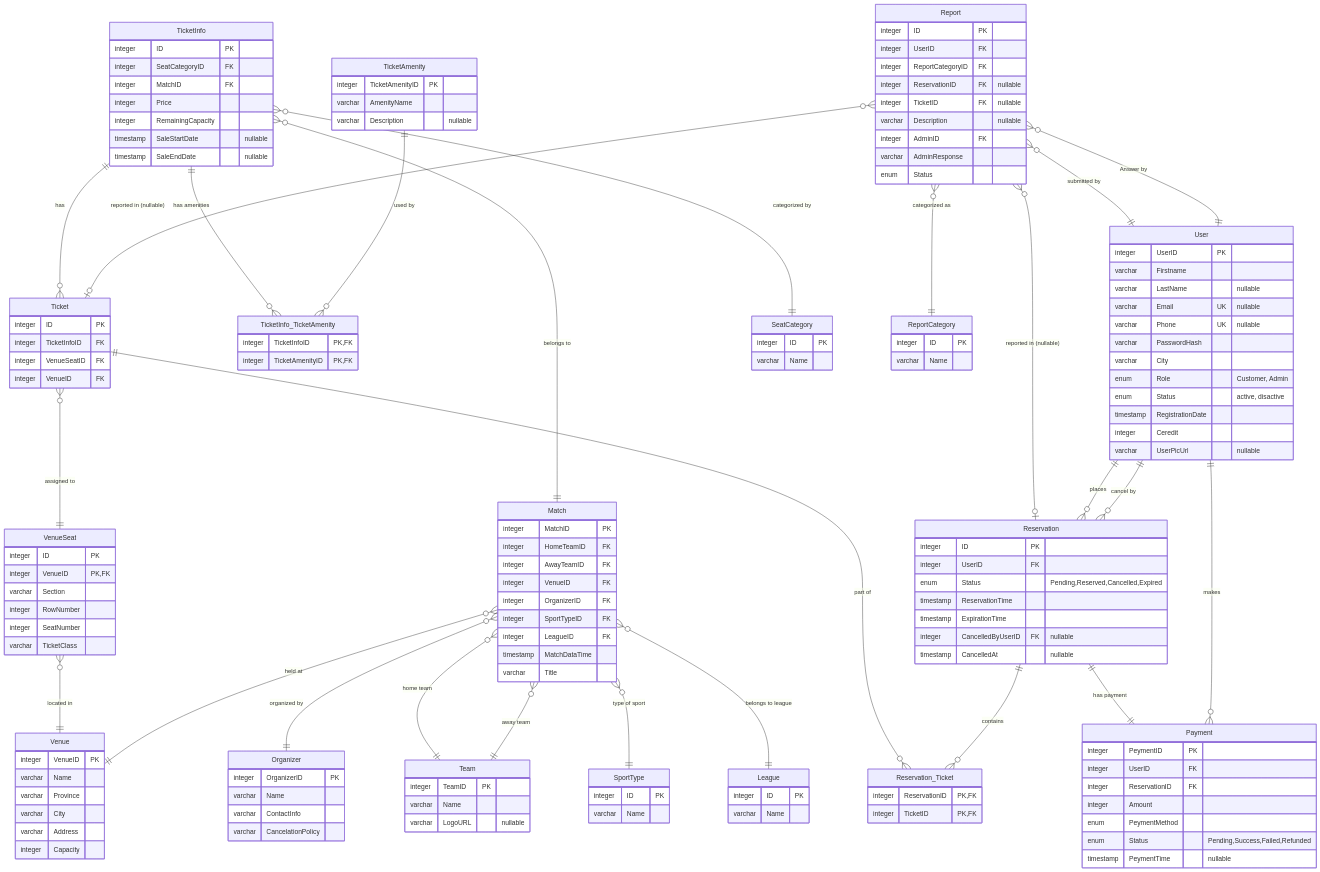
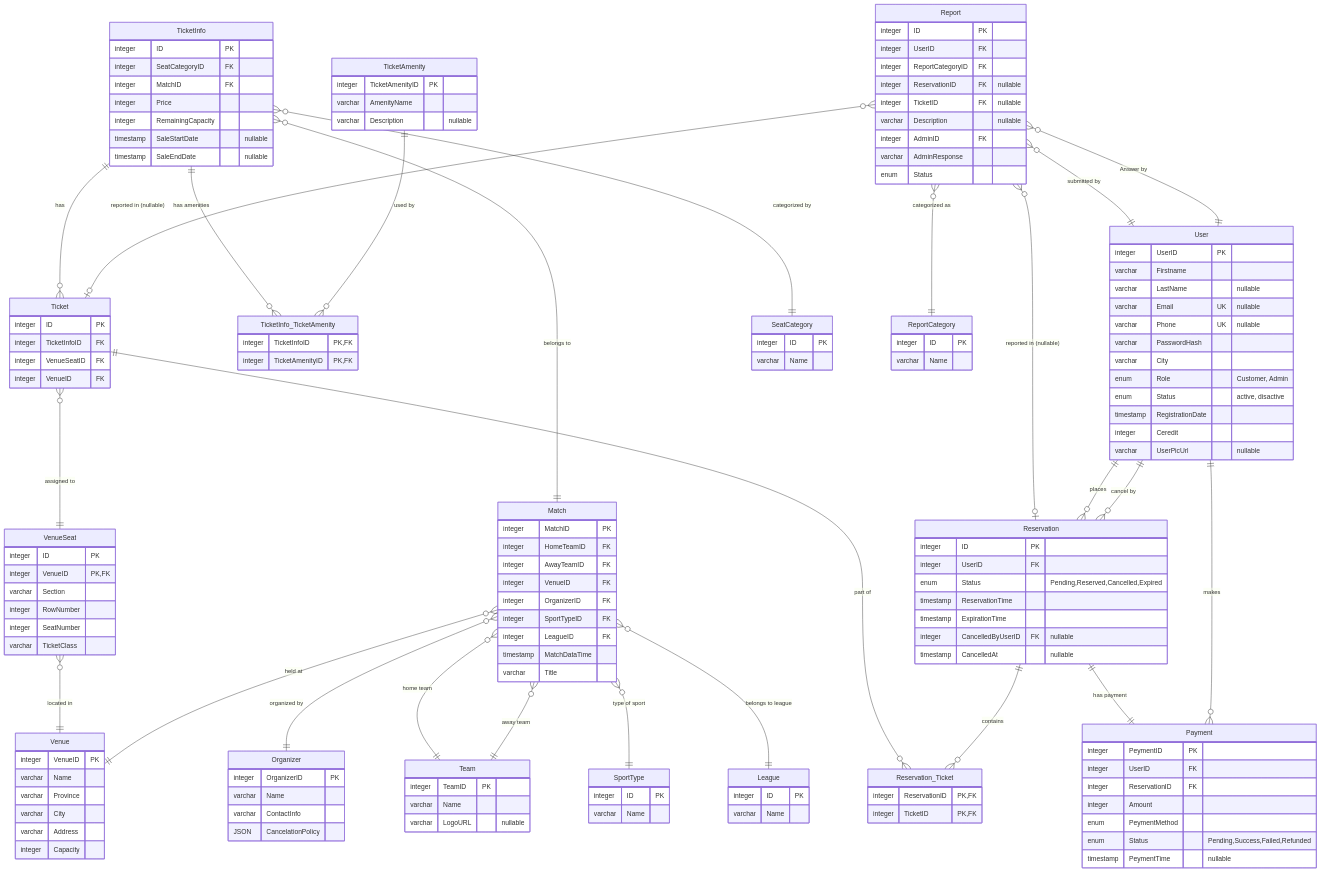
One commit to smhhd/BookTheGame changed the diagram in sql.mmd. Above: the diagram before and after it, drawn with Mermaid.

Commit message:
change cancelationPolicy field type to json

```diff
--- a/sql.mmd
+++ b/sql.mmd
@@ -1,167 +1,167 @@
 erDiagram
     User {
         integer UserID PK
         varchar Firstname
         varchar LastName "nullable"
         varchar Email UK "nullable"
         varchar Phone UK "nullable"
         varchar PasswordHash
         varchar City
         enum Role "Customer, Admin"
         enum Status "active, disactive"
         timestamp RegistrationDate
         integer Ceredit
         varchar UserPicUrl "nullable"
     }
 
     TicketInfo {
         integer ID PK
         integer SeatCategoryID FK
         integer MatchID FK
         integer Price
         integer RemainingCapacity
         timestamp SaleStartDate "nullable"
         timestamp SaleEndDate "nullable"
     }
 
     TicketAmenity {
         integer TicketAmenityID PK
         varchar AmenityName
         varchar Description "nullable"
     }
 
     TicketInfo_TicketAmenity {
         integer TicketInfoID PK,FK
         integer TicketAmenityID PK,FK
     }
 
     Ticket {
         integer ID PK
         integer TicketInfoID FK
         integer VenueSeatID FK
         integer VenueID FK
     }
 
     SeatCategory {
         integer ID PK
         varchar Name
     }
 
     Reservation {
         integer ID PK
         integer UserID FK
         enum Status "Pending,Reserved,Cancelled,Expired"
         timestamp ReservationTime
         timestamp ExpirationTime
         integer CancelledByUserID FK "nullable"
         timestamp CancelledAt "nullable"
     }
 
     Reservation_Ticket {
         integer ReservationID PK,FK
         integer TicketID PK,FK
     }
 
     Payment {
         integer PeymentID PK
         integer UserID FK
         integer ReservationID FK
         integer Amount
         enum PeymentMethod
         enum Status "Pending,Success,Failed,Refunded"
         timestamp PeymentTime "nullable"
     }
 
     Match {
         integer MatchID PK
         integer HomeTeamID FK
         integer AwayTeamID FK
         integer VenueID FK
         integer OrganizerID FK
         integer SportTypeID FK
         integer LeagueID FK
         timestamp MatchDataTime
         varchar Title
     }
     Venue {
         integer VenueID PK
         varchar Name
         varchar Province
         varchar City
         varchar Address
         integer Capacity
     }
     Organizer {
         integer OrganizerID PK
         varchar Name
         varchar ContactInfo
-        varchar CancelationPolicy
+        JSON CancelationPolicy
     }
     Team {
         integer TeamID PK
         varchar Name
         varchar LogoURL "nullable"
     }
     SportType {
         integer ID PK
         varchar Name
     }
     League {
         integer ID PK
         varchar Name
     }
     VenueSeat {
         integer ID PK
         integer VenueID PK,FK
         varchar Section
         integer RowNumber
         integer SeatNumber
         varchar TicketClass
     }
     Report {
         integer ID PK
         integer UserID FK
         integer ReportCategoryID FK
         integer ReservationID FK "nullable"
         integer TicketID FK "nullable"
         varchar Description "nullable"
         integer AdminID FK
         varchar AdminResponse
         enum Status
     }
     ReportCategory {
         integer ID PK
         varchar Name
     }
 
     %% Relationships
     TicketInfo }o--|| Match : "belongs to"
     TicketInfo }o--|| SeatCategory : "categorized by"
     TicketInfo ||--o{ Ticket : "has"
     TicketInfo ||--o{ TicketInfo_TicketAmenity : "has amenities"
     TicketAmenity ||--o{ TicketInfo_TicketAmenity : "used by"
 
     Ticket }o--|| VenueSeat : "assigned to"
     Ticket ||--o{ Reservation_Ticket : "part of"
 
     Reservation ||--o{ Reservation_Ticket : "contains"
     Reservation }o--|| User : "cancel by"
     Reservation ||--|| Payment : "has payment"
 
     VenueSeat }o--|| Venue : "located in"
 
     Match }o--|| Venue : "held at"
     Match }o--|| Organizer : "organized by"
     Match }o--|| Team : "home team"
     Match }o--|| Team : "away team"
     Match }o--|| SportType : "type of sport"
     Match }o--|| League : "belongs to league"
 
     Report }o--|| User : "submitted by"
     Report }o--|| User : "Answer by"
     Report }o--|| ReportCategory : "categorized as"
     Report }o--o| Reservation : "reported in (nullable)"
     Report }o--o| Ticket : "reported in (nullable)"
 
     User ||--o{ Reservation : "places"
     User ||--o{ Payment : "makes"
```
